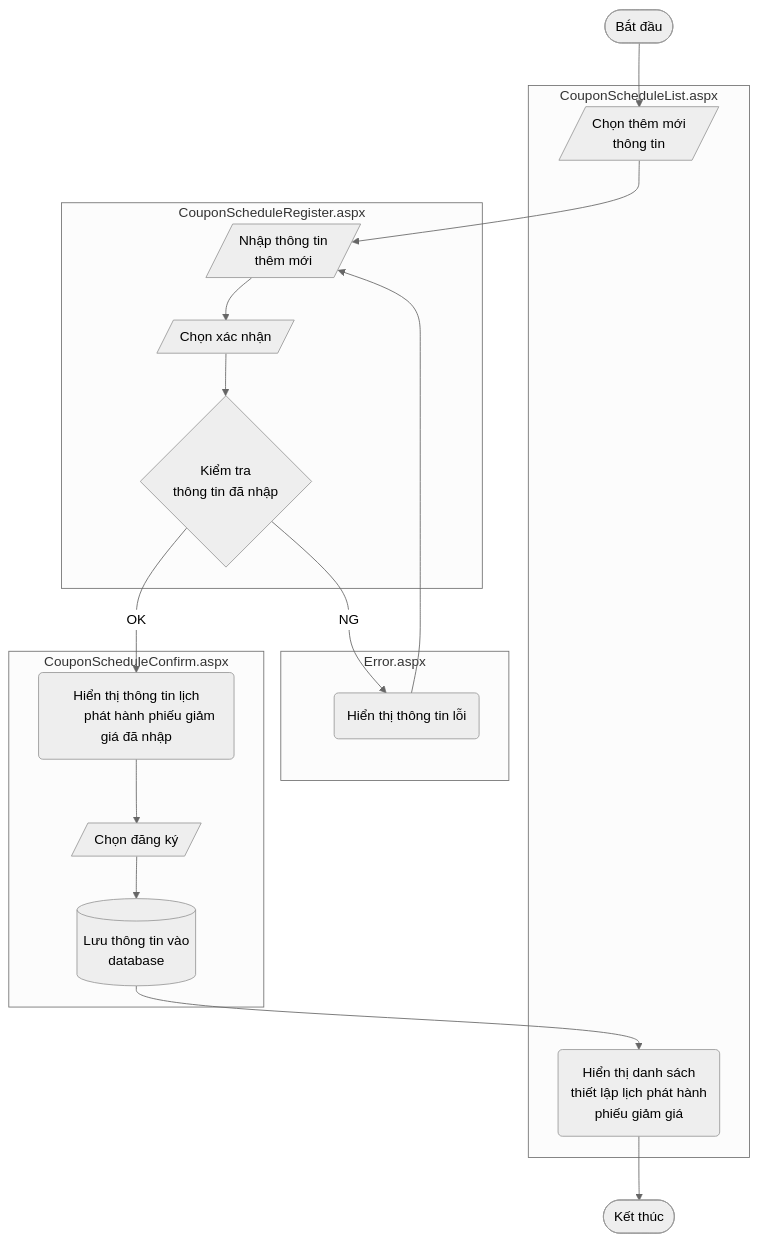
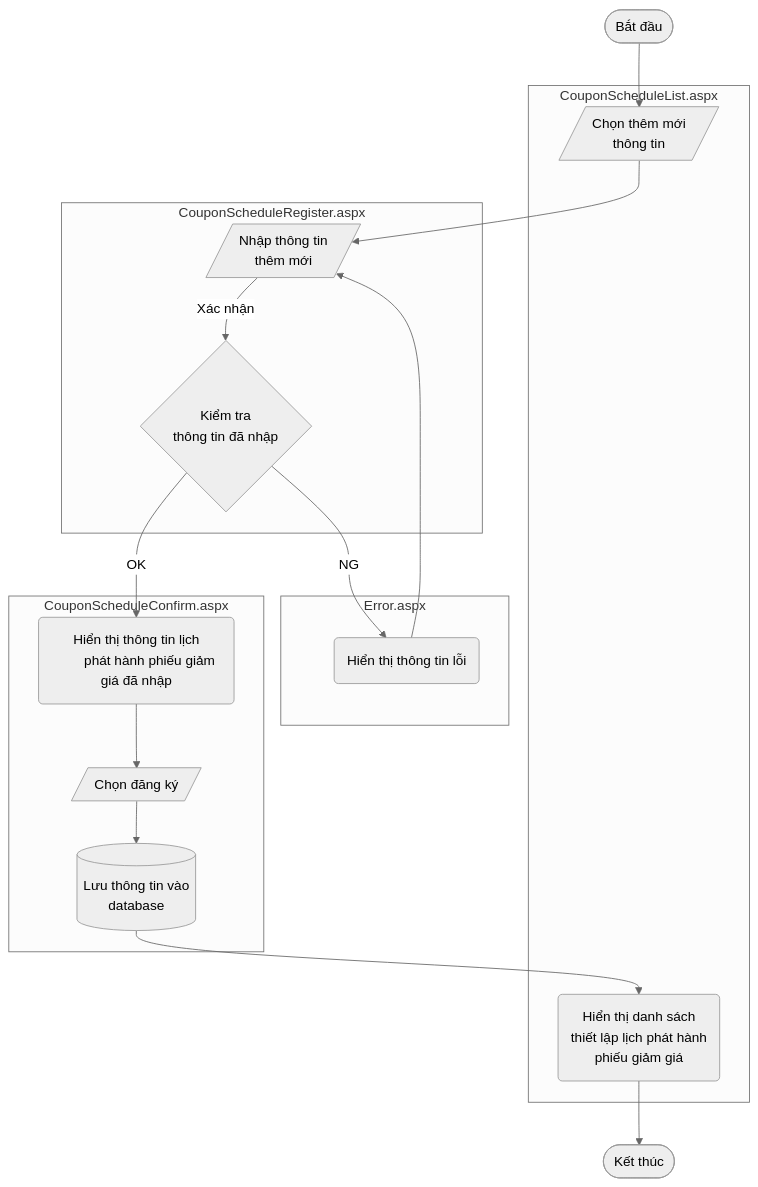
The diagram in README.md (nghiemchibao01/doc), drawn with Mermaid (neutral theme) before and after one commit.

````diff
--- a/README.md
+++ b/README.md
@@ -1,42 +1,40 @@
 ```mermaid
 flowchart TB
 
   subgraph CouponScheduleList.aspx
     A
     H
   end
 
   subgraph CouponScheduleRegister.aspx
     B
-    B1
     C
   end
 
   subgraph Error.aspx
     D
   end
 
   subgraph CouponScheduleConfirm.aspx
     E
     F
     G
   end
 
   Start([Bắt đầu]) --> A[/Chọn thêm mới\n thông tin/]
     A --> B[/Nhập thông tin\n thêm mới/]
-    B --> B1[/"Chọn xác nhận"/]
-    B1 --> C{"Kiểm tra
+    B --> |Xác nhận| C{"Kiểm tra
         thông tin đã nhập"}
     C --> |OK| E("Hiển thị thông tin lịch
         phát hành phiếu giảm giá đã nhập")
     C --> |NG| D(Hiển thị thông tin lỗi)
     D --> B
     E --> F[/"Chọn đăng ký"/]
     F --> G[("Lưu thông tin vào
         database")]
     G --> H("Hiển thị danh sách
         thiết lập lịch phát hành
         phiếu giảm giá")
     H --> End([Kết thúc])
   
 ```
````
